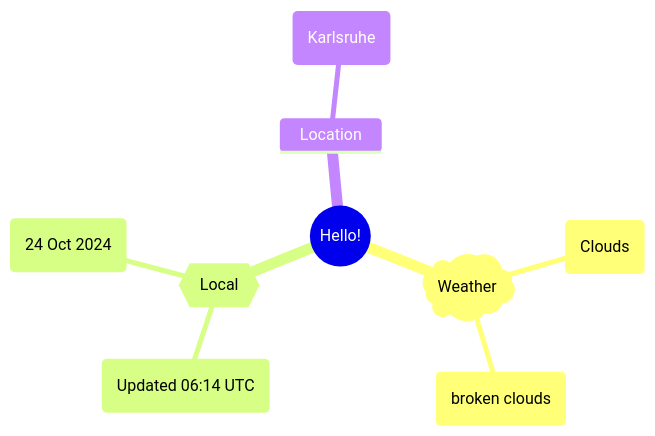
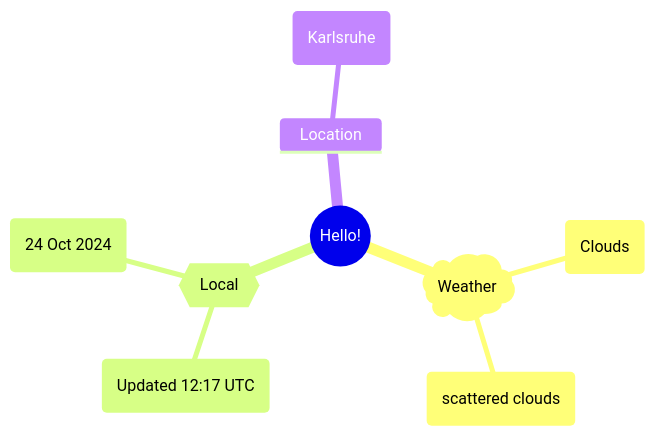
The first of 2 diagrams in README.md (Xosrov/Xosrov), drawn with Mermaid before and after one commit.

Commit message:
[bot] updated images

````diff
--- a/README.md
+++ b/README.md
@@ -3,12 +3,12 @@
 ```mermaid
 mindmap
   root((Hello!))
     )Weather(
         (Clouds)
-        (broken clouds)
+        (scattered clouds)
     {{Local}}
-        (Updated 06:14 UTC)
+        (Updated 12:17 UTC)
         (24 Oct 2024)
     Location
         (Karlsruhe)
 ```
````
